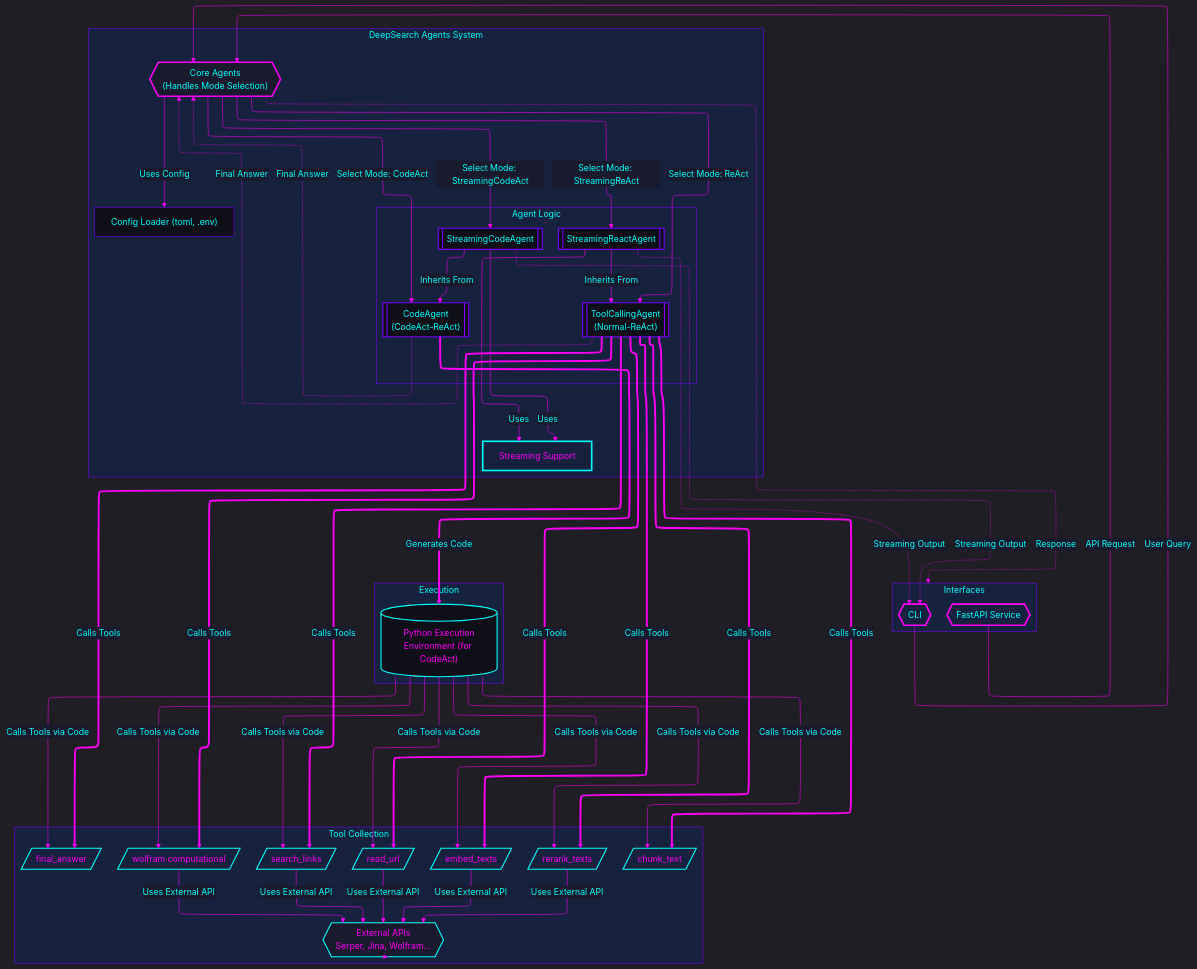
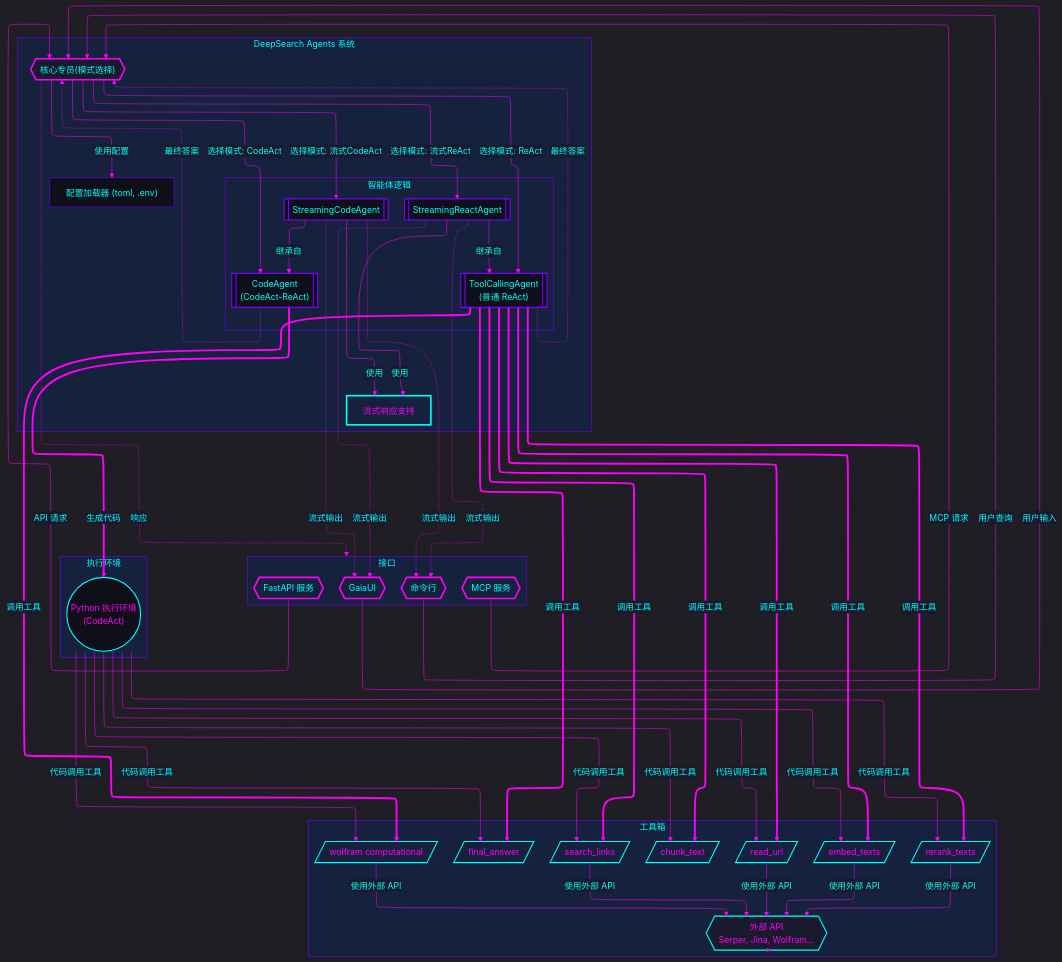
Before and after one commit to lwyBZss8924d/DeepSearchAgents: the diagram in README_Zh.md, drawn with Mermaid. The commit also changed other lines of this file and 1 other file, not shown here.

Commit message:
docs: update README.md with FastMCP server documentation and fix project structure

````diff
--- a/README_Zh.md
+++ b/README_Zh.md
@@ -220,87 +283,86 @@
   layout: elk
 ---
 flowchart TB
-    subgraph Interfaces["Interfaces"]
+    subgraph 接口["接口"]
         direction LR
-        CLI{{"CLI"}}
-        FastAPI{{"FastAPI Service"}}
+        CLI{{"命令行"}}
+        FastAPI{{"FastAPI 服务"}}
+        GaiaUI{{"GaiaUI"}}
+        MCPServer{{"MCP 服务"}}
     end
-    subgraph DeepSearchAgentSystem["DeepSearch Agents System"]
+    subgraph 深度搜索智能体系统["DeepSearch Agents 系统"]
         direction TB
-        CoreAgents{{"Core Agents
-(Handles Mode Selection)"}}
-        ConfigLoader["Config Loader (toml, .env)"]
-        StreamingSupport["Streaming Support"]
-        subgraph Agents["Agent Logic"]
+        核心专员{{"核心专员(模式选择)"}}
+        配置加载["配置加载器 (toml, .env)"]
+        流式支持["流式响应支持"]
+        subgraph 智能体逻辑["智能体逻辑"]
             direction LR
-            ToolAgent[["ToolCallingAgent
-(Normal-ReAct)"]]
-            CodeAgent[["CodeAgent
-(CodeAct-ReAct)"]]
-            StreamingReactAgent[["StreamingReactAgent"]]
-            StreamingCodeAgent[["StreamingCodeAgent"]]
+            工具专员[["ToolCallingAgent\n(普通 ReAct)"]]
+            代码专员[["CodeAgent\n(CodeAct-ReAct)"]]
+            流式ReAct[["StreamingReactAgent"]]
+            流式CodeAct[["StreamingCodeAgent"]]
         end
     end
-    subgraph ToolCollection["Tool Collection"]
+    subgraph 工具箱["工具箱"]
         direction TB
-        SearchLinks[/search_links/]
-        ReadURL[/read_url/]
-        ChunkText[/chunk_text/]
-        EmbedTexts[/embed_texts/]
-        RerankTexts[/rerank_texts/]
+        搜索链接[/search_links/]
+        读取URL[/read_url/]
+        分块文本[/chunk_text/]
+        嵌入文本[/embed_texts/]
+        重排文本[/rerank_texts/]
         Wolfram[/"wolfram computational"/]
-        FinalAnswer[/final_answer/]
-        ExternalAPIs{{External APIs
-Serper, Jina, Wolfram...}}
+        最终答案[/final_answer/]
+        外部API{{外部 API\nSerper, Jina, Wolfram...}}
     end
-    subgraph Execution["Execution"]
-        PythonEnv[("Python Execution
-Environment (for CodeAct)")]
+    subgraph 执行环境["执行环境"]
+        Python环境(("Python 执行环境\n(CodeAct)"))
     end
 
-    CLI -- "User Query" --> CoreAgents
-    FastAPI -- "API Request" --> CoreAgents
-    CoreAgents -- "Select Mode: ReAct" --> ToolAgent
-    CoreAgents -- "Select Mode: CodeAct" --> CodeAgent
-    CoreAgents -- "Select Mode: StreamingReAct" --> StreamingReactAgent
-    CoreAgents -- "Select Mode: StreamingCodeAct" --> StreamingCodeAgent
-    CoreAgents -- "Uses Config" --> ConfigLoader
-    StreamingReactAgent -- "Inherits From" --> ToolAgent
-    StreamingCodeAgent -- "Inherits From" --> CodeAgent
-    StreamingReactAgent -- "Uses" --> StreamingSupport
-    StreamingCodeAgent -- "Uses" --> StreamingSupport
+    CLI -- "用户查询" --> 核心专员
+    FastAPI -- "API 请求" --> 核心专员
+    GaiaUI -- "用户输入" --> 核心专员
+    MCPServer -- "MCP 请求" --> 核心专员
+    核心专员 -- "选择模式: ReAct" --> 工具专员
+    核心专员 -- "选择模式: CodeAct" --> 代码专员
+    核心专员 -- "选择模式: 流式ReAct" --> 流式ReAct
+    核心专员 -- "选择模式: 流式CodeAct" --> 流式CodeAct
+    核心专员 -- "使用配置" --> 配置加载
+    流式ReAct -- "继承自" --> 工具专员
+    流式CodeAct -- "继承自" --> 代码专员
+    流式ReAct -- "使用" --> 流式支持
+    流式CodeAct -- "使用" --> 流式支持
 
-    ToolAgent == "Calls Tools" ==> SearchLinks
-    ToolAgent == "Calls Tools" ==> ReadURL
-    ToolAgent == "Calls Tools" ==> ChunkText
-    ToolAgent == "Calls Tools" ==> EmbedTexts
-    ToolAgent == "Calls Tools" ==> RerankTexts
-    ToolAgent == "Calls Tools" ==> Wolfram
-    ToolAgent == "Calls Tools" ==> FinalAnswer
+    工具专员 == "调用工具" ==> 搜索链接
+    工具专员 == "调用工具" ==> 读取URL
+    工具专员 == "调用工具" ==> 分块文本
+    工具专员 == "调用工具" ==> 嵌入文本
+    工具专员 == "调用工具" ==> 重排文本
+    工具专员 == "调用工具" ==> Wolfram
+    工具专员 == "调用工具" ==> 最终答案
 
-    CodeAgent == "Generates Code" ==> PythonEnv
-    PythonEnv[("Python Execution
-Environment (for CodeAct)")]
-    PythonEnv -- "Calls Tools via Code" --> SearchLinks
-    PythonEnv -- "Calls Tools via Code" --> ReadURL
-    PythonEnv -- "Calls Tools via Code" --> ChunkText
-    PythonEnv -- "Calls Tools via Code" --> EmbedTexts
-    PythonEnv -- "Calls Tools via Code" --> RerankTexts
-    PythonEnv -- "Calls Tools via Code" --> Wolfram
-    PythonEnv -- "Calls Tools via Code" --> FinalAnswer
+    代码专员 == "生成代码" ==> Python环境
+    Python环境 -- "代码调用工具" --> 搜索链接
+    Python环境 -- "代码调用工具" --> 读取URL
+    Python环境 -- "代码调用工具" --> 分块文本
+    Python环境 -- "代码调用工具" --> 嵌入文本
+    Python环境 -- "代码调用工具" --> 重排文本
+    Python环境 -- "代码调用工具" --> Wolfram
+    Python环境 -- "代码调用工具" --> 最终答案
 
-    SearchLinks -- "Uses External API" --> ExternalAPIs
-    ReadURL -- "Uses External API" --> ExternalAPIs
-    EmbedTexts -- "Uses External API" --> ExternalAPIs
-    RerankTexts -- "Uses External API" --> ExternalAPIs
-    Wolfram -- "Uses External API" --> ExternalAPIs
-    ExternalAPIs -.-> ToolCollection
+    搜索链接 -- "使用外部 API" --> 外部API
+    读取URL -- "使用外部 API" --> 外部API
+    嵌入文本 -- "使用外部 API" --> 外部API
+    重排文本 -- "使用外部 API" --> 外部API
+    Wolfram -- "使用外部 API" --> 外部API
+    外部API -.-> 工具箱
 
-    ToolAgent -. "Final Answer" .-> CoreAgents
-    CodeAgent -. "Final Answer" .-> CoreAgents
-    StreamingReactAgent -. "Streaming Output" .-> CLI
-    StreamingCodeAgent -. "Streaming Output" .-> CLI
-    CoreAgents -. "Response" .-> Interfaces
+    工具专员 -. "最终答案" .-> 核心专员
+    代码专员 -. "最终答案" .-> 核心专员
+    流式ReAct -. "流式输出" .-> CLI
+    流式CodeAct -. "流式输出" .-> CLI
+    流式ReAct -. "流式输出" .-> GaiaUI
+    流式CodeAct -. "流式输出" .-> GaiaUI
+    核心专员 -. "响应" .-> 接口
 
     classDef default fill:#1a1a2e,stroke:#7700ff,stroke-width:2px,color:#00fff9
     classDef interface fill:#16213e,stroke:#ff00f7,stroke-width:3px,color:#00fff9
@@ -314,20 +376,22 @@
 
     CLI:::interface
     FastAPI:::interface
-    CoreAgents:::manager
-    ToolAgent:::agent
-    CodeAgent:::agent
-    StreamingReactAgent:::agent
-    StreamingCodeAgent:::agent
-    StreamingSupport:::streaming
-    SearchLinks:::tool
-    ReadURL:::tool
-    ChunkText:::tool
-    EmbedTexts:::tool
-    RerankTexts:::tool
+    GaiaUI:::interface
+    MCPServer:::interface
+    核心专员:::manager
+    工具专员:::agent
+    代码专员:::agent
+    流式ReAct:::agent
+    流式CodeAct:::agent
+    流式支持:::streaming
+    搜索链接:::tool
+    读取URL:::tool
+    分块文本:::tool
+    嵌入文本:::tool
+    重排文本:::tool
     Wolfram:::tool
-    FinalAnswer:::tool
-    PythonEnv:::environment
-    ExternalAPIs:::external
-    ConfigLoader:::config
+    最终答案:::tool
+    Python环境:::environment
+    外部API:::external
+    配置加载:::config
 ```
````
